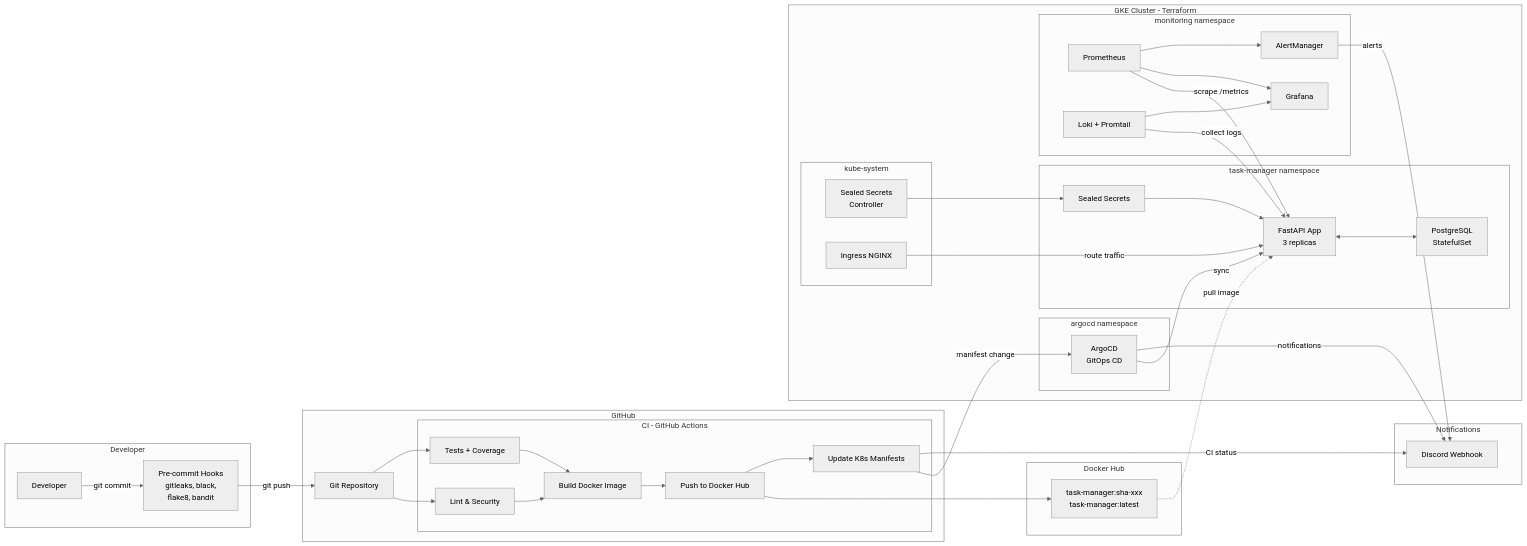
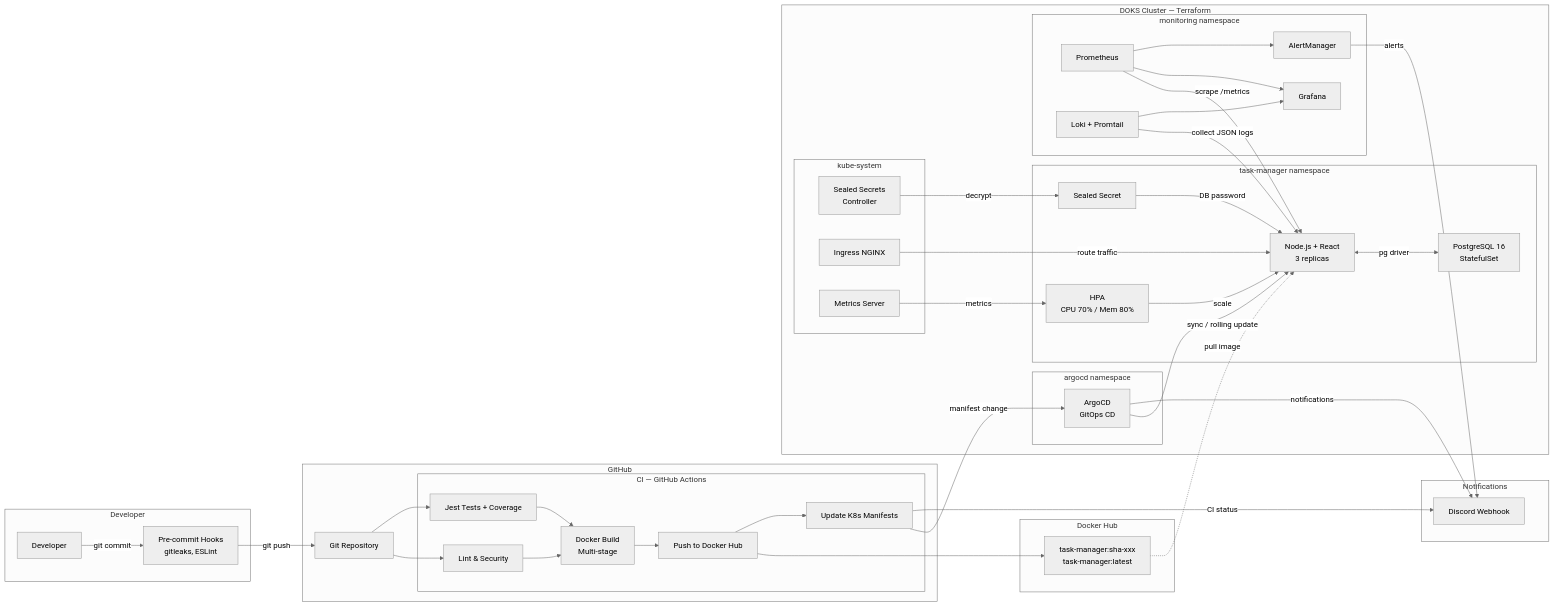
The diagram in README.md (To6enceto/devops-task-manager), drawn with Mermaid (neutral theme) before and after one commit. The commit also changed other lines of this file, not shown here.

Commit message:
docs: update README for Node.js/React stack with Mermaid diagrams and tech table

````diff
--- a/README.md
+++ b/README.md
@@ -9,70 +19,74 @@
 ```mermaid
 flowchart LR
     subgraph Developer
         DEV[Developer]
-        PC[Pre-commit Hooks\ngitleaks, black,\nflake8, bandit]
+        PC[Pre-commit Hooks\ngitleaks, ESLint]
     end
 
-    subgraph "GitHub"
+    subgraph GitHub
         REPO[Git Repository]
-        subgraph "CI - GitHub Actions"
+        subgraph CI_Pipeline[CI — GitHub Actions]
             LINT[Lint & Security]
-            TEST[Tests + Coverage]
-            BUILD[Build Docker Image]
+            TEST[Jest Tests + Coverage]
+            BUILD[Docker Build\nMulti-stage]
             PUSH[Push to Docker Hub]
             UPDATE[Update K8s Manifests]
         end
     end
 
-    subgraph "Docker Hub"
+    subgraph Docker_Hub[Docker Hub]
         IMG[task-manager:sha-xxx\ntask-manager:latest]
     end
 
-    subgraph "GKE Cluster - Terraform"
-        subgraph "argocd namespace"
+    subgraph DOKS[DOKS Cluster — Terraform]
+        subgraph argocd_ns[argocd namespace]
             ARGO[ArgoCD\nGitOps CD]
         end
-        subgraph "task-manager namespace"
-            APP[FastAPI App\n3 replicas]
-            PG[PostgreSQL\nStatefulSet]
-            SEC[Sealed Secrets]
+        subgraph tm_ns[task-manager namespace]
+            APP[Node.js + React\n3 replicas]
+            PG[PostgreSQL 16\nStatefulSet]
+            HPA[HPA\nCPU 70% / Mem 80%]
+            SEC[Sealed Secret]
         end
-        subgraph "monitoring namespace"
+        subgraph mon_ns[monitoring namespace]
             PROM[Prometheus]
             GRAF[Grafana]
             LOKI[Loki + Promtail]
             AM[AlertManager]
         end
-        subgraph "kube-system"
+        subgraph sys_ns[kube-system]
             SS[Sealed Secrets\nController]
             NGINX[Ingress NGINX]
+            MS[Metrics Server]
         end
     end
 
-    subgraph "Notifications"
+    subgraph Notifications
         DISC[Discord Webhook]
     end
 
     DEV -->|git commit| PC
     PC -->|git push| REPO
     REPO --> LINT & TEST
     LINT & TEST --> BUILD
     BUILD --> PUSH
     PUSH --> IMG
     PUSH --> UPDATE
     UPDATE -->|manifest change| ARGO
-    ARGO -->|sync| APP
+    ARGO -->|sync / rolling update| APP
     IMG -.->|pull image| APP
-    APP <--> PG
-    SEC --> APP
-    SS --> SEC
+    APP <-->|pg driver| PG
+    SEC -->|DB password| APP
+    SS -->|decrypt| SEC
     PROM -->|scrape /metrics| APP
-    LOKI -->|collect logs| APP
+    LOKI -->|collect JSON logs| APP
     PROM --> GRAF
     LOKI --> GRAF
     PROM --> AM
     AM -->|alerts| DISC
     ARGO -->|notifications| DISC
     UPDATE -->|CI status| DISC
     NGINX -->|route traffic| APP
+    HPA -->|scale| APP
+    MS -->|metrics| HPA
 ```
````
